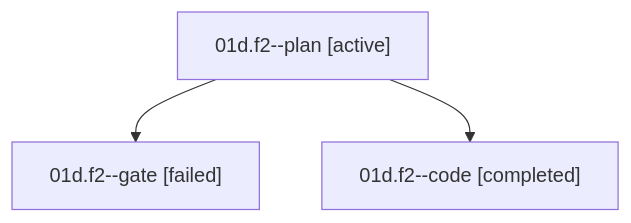
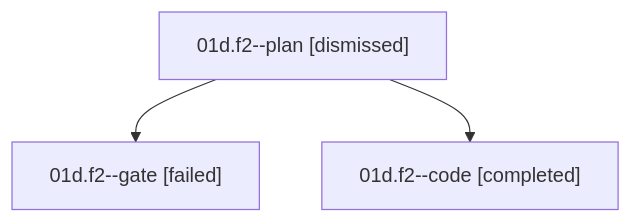
One commit to sase-org/sase--agents changed the diagram in sessions/bbugyi200.athena.01d.f2.md. Above: the diagram before and after it, drawn with Mermaid. The commit also changed other lines of this file and 45 other files, not shown here.

````diff
--- a/sessions/bbugyi200.athena.01d.f2.md
+++ b/sessions/bbugyi200.athena.01d.f2.md
@@ -9,8 +9,8 @@
 ```mermaid
 flowchart TD
-  n0["01d.f2--plan [active]"]
+  n0["01d.f2--plan [dismissed]"]
   n1["01d.f2--gate [failed]"]
   n0 --> n1
   n2["01d.f2--code [completed]"]
   n0 --> n2
 ```
````
